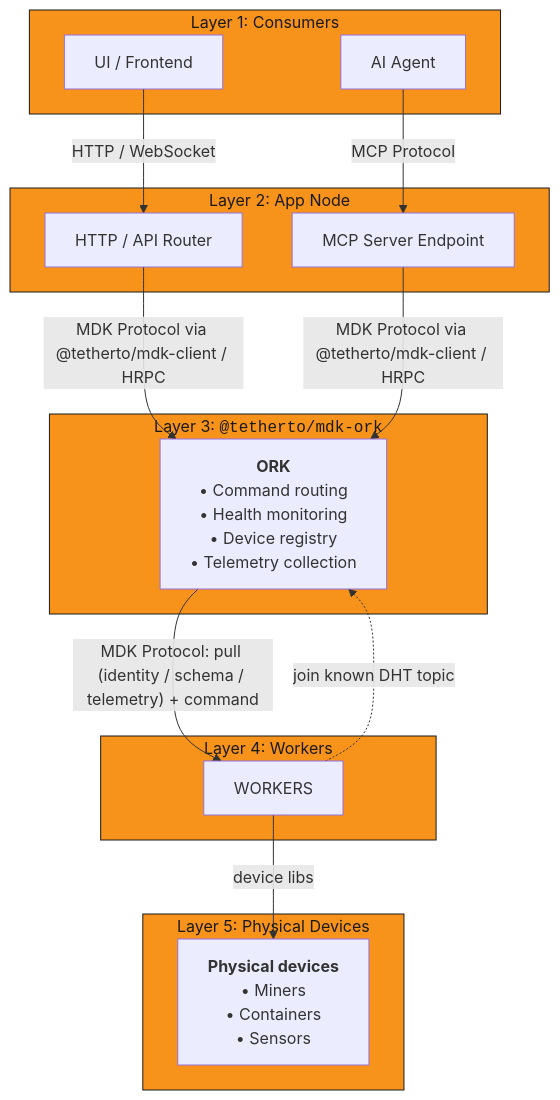
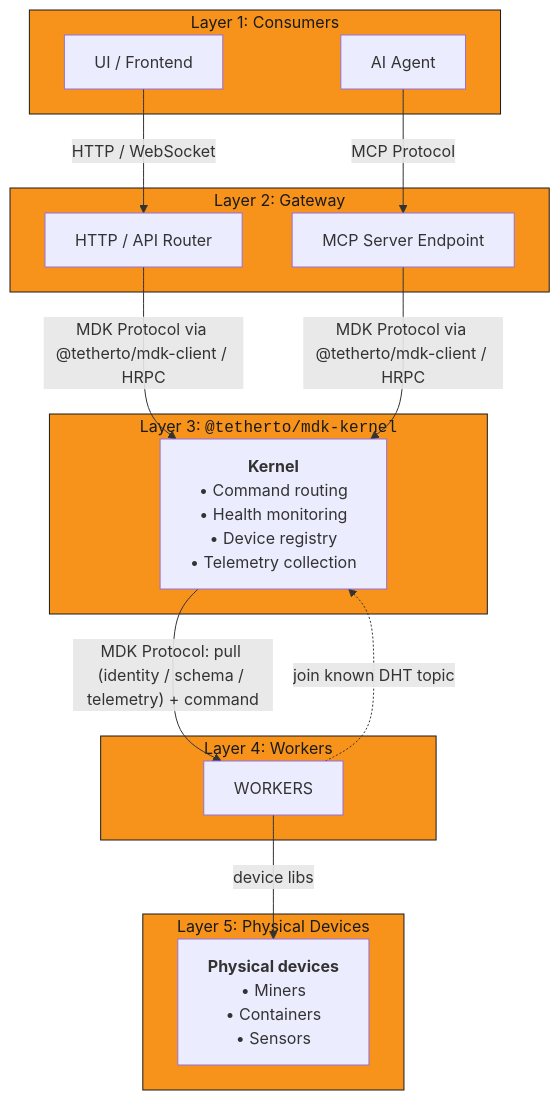
The first of 6 diagrams in docs/concepts/architecture.md (tetherto/mdk), drawn with Mermaid before and after one commit. The commit also changed other lines of this file and 4406 other files, not shown here.

````diff
--- a/docs/concepts/architecture.md
+++ b/docs/concepts/architecture.md
@@ -29,38 +29,38 @@
 ```mermaid
 graph TB
     subgraph consumers ["Layer 1: Consumers"]
         UI["UI / Frontend"]
         AI["AI Agent"]
     end
 
-    subgraph appNode ["Layer 2: App Node"]
+    subgraph gateway ["Layer 2: Gateway"]
         WebApp["HTTP / API Router"]
         MCPServer["MCP Server Endpoint"]
     end
 
-    subgraph orkKernel ["Layer 3: <code>@tetherto/mdk-ork</code>"]
-        ORK["<b>ORK</b><br/>• Command routing<br/>• Health monitoring<br/>• Device registry<br/>• Telemetry collection"]
+    subgraph kernelLayer ["Layer 3: <code>@tetherto/mdk-kernel</code>"]
+        Kernel["<b>Kernel</b><br/>• Command routing<br/>• Health monitoring<br/>• Device registry<br/>• Telemetry collection"]
     end
 
     subgraph workers ["Layer 4: Workers"]
         Workers["WORKERS"]
     end
 
     subgraph devices ["Layer 5: Physical Devices"]
         Devices["<b>Physical devices</b><br/>• Miners<br/>• Containers<br/>• Sensors"]
     end
 
     UI -->|"HTTP / WebSocket"| WebApp
     AI -->|"MCP Protocol"| MCPServer
-    WebApp -->|"MDK Protocol via @tetherto/mdk-client / HRPC"| ORK
-    MCPServer -->|"MDK Protocol via @tetherto/mdk-client / HRPC"| ORK
-    Workers -.->|"join known DHT topic"| ORK
-    ORK -->|"MDK Protocol: pull (identity / schema / telemetry) + command"| Workers
+    WebApp -->|"MDK Protocol via @tetherto/mdk-client / HRPC"| Kernel
+    MCPServer -->|"MDK Protocol via @tetherto/mdk-client / HRPC"| Kernel
+    Workers -.->|"join known DHT topic"| Kernel
+    Kernel -->|"MDK Protocol: pull (identity / schema / telemetry) + command"| Workers
     Workers -->|"device libs"| Devices
 
     style consumers fill:#F7931A,stroke:#1A1A1A,color:#1A1A1A
-    style appNode fill:#F7931A,stroke:#1A1A1A,color:#1A1A1A
-    style orkKernel fill:#F7931A,stroke:#1A1A1A,color:#1A1A1A
+    style gateway fill:#F7931A,stroke:#1A1A1A,color:#1A1A1A
+    style kernelLayer fill:#F7931A,stroke:#1A1A1A,color:#1A1A1A
     style workers fill:#F7931A,stroke:#1A1A1A,color:#1A1A1A
     style devices fill:#F7931A,stroke:#1A1A1A,color:#1A1A1A
 ```
````
